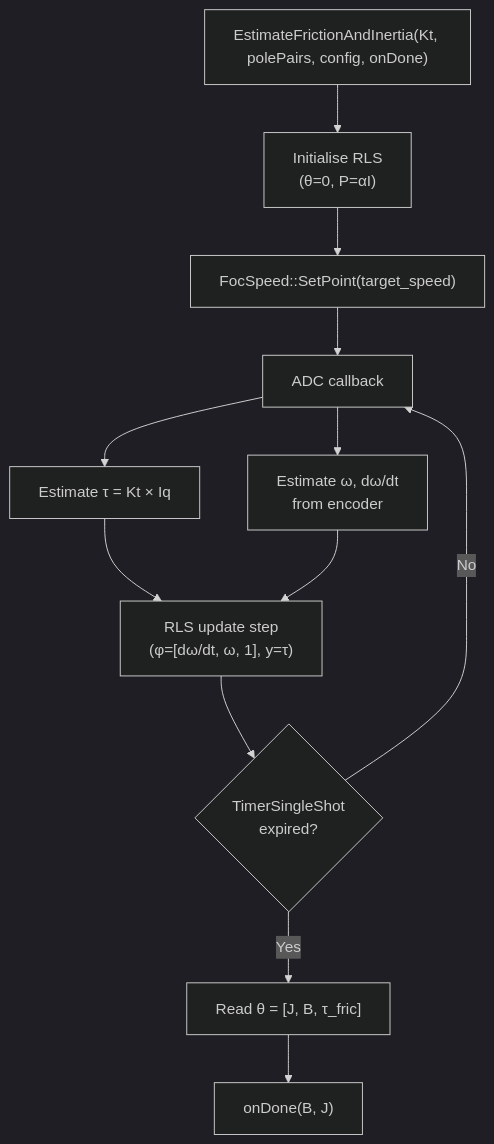
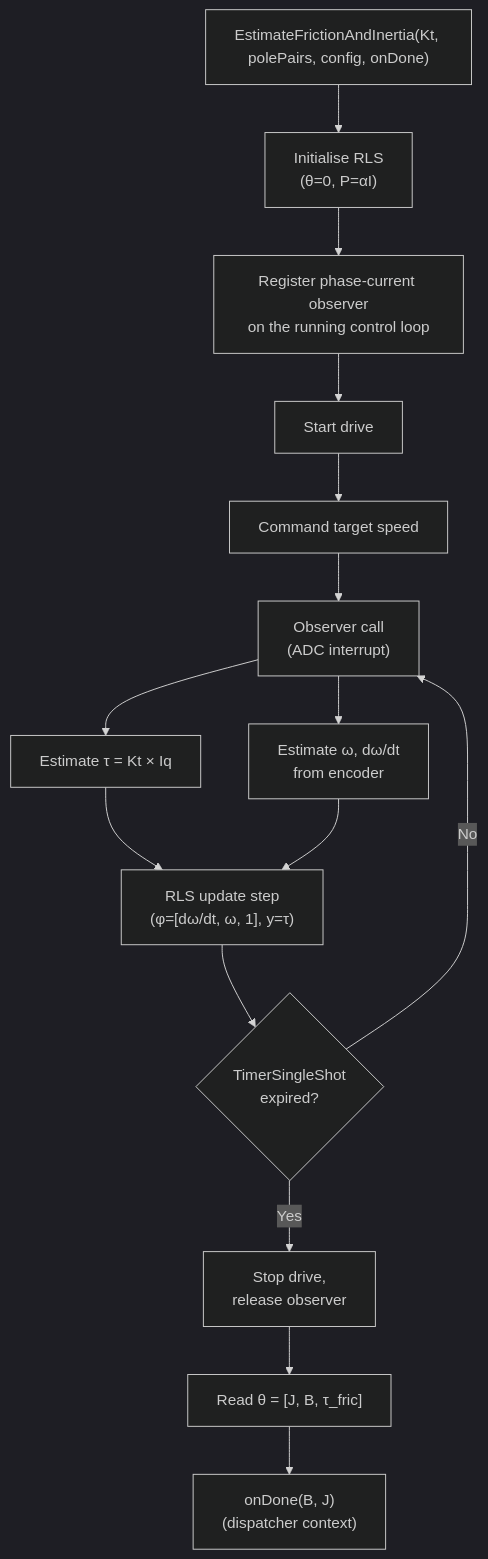
Before and after one commit to embedded-pro/e-foc: the first of 2 diagrams in documentation/design/service-mechanical-ident.md, drawn with Mermaid (dark theme). The commit also changed other lines of this file and 60 other files, not shown here.

````diff
--- a/documentation/design/service-mechanical-ident.md
+++ b/documentation/design/service-mechanical-ident.md
@@ -143,14 +165,17 @@
 ```mermaid
 flowchart TD
     START["EstimateFrictionAndInertia(Kt, polePairs, config, onDone)"] --> INIT["Initialise RLS\n(θ=0, P=αI)"]
-    INIT --> CMD_SPEED["FocSpeed::SetPoint(target_speed)"]
-    CMD_SPEED --> CB["ADC callback"]
+    INIT --> OBS["Register phase-current observer\non the running control loop"]
+    OBS --> DRIVE["Start drive"]
+    DRIVE --> CMD_SPEED["Command target speed"]
+    CMD_SPEED --> CB["Observer call\n(ADC interrupt)"]
     CB --> TAU["Estimate τ = Kt × Iq"]
     CB --> VEL["Estimate ω, dω/dt\nfrom encoder"]
     TAU --> RLS["RLS update step\n(φ=[dω/dt, ω, 1], y=τ)"]
     VEL --> RLS
     RLS --> TIMEOUT{"TimerSingleShot\nexpired?"}
     TIMEOUT -->|No| CB
-    TIMEOUT -->|Yes| REPORT["Read θ = [J, B, τ_fric]"]
-    REPORT --> CB2["onDone(B, J)"]
+    TIMEOUT -->|Yes| REL["Stop drive,\nrelease observer"]
+    REL --> REPORT["Read θ = [J, B, τ_fric]"]
+    REPORT --> CB2["onDone(B, J)\n(dispatcher context)"]
 ```
````
